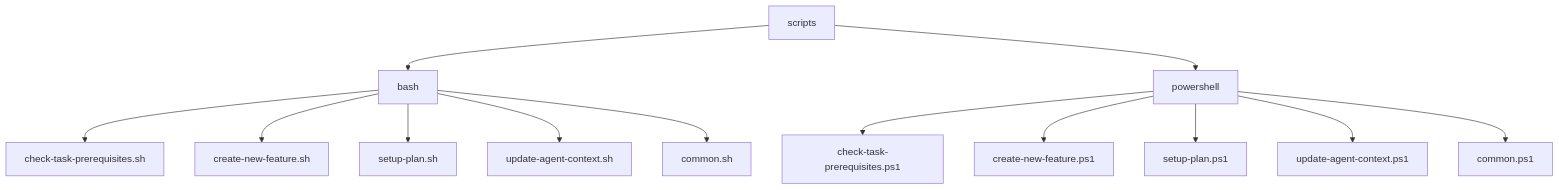
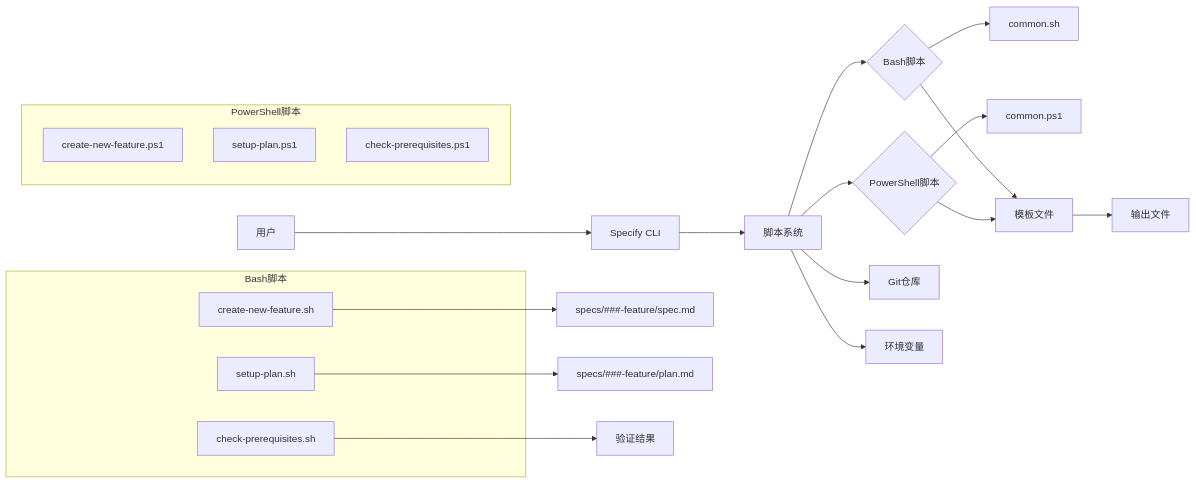
The second of 6 diagrams in .qoder/repowiki/zh/content/脚本系统/脚本系统.md (afanty2021/spec-kit), drawn with Mermaid before and after one commit. The commit also changed other lines of this file and 51 other files, not shown here.

````diff
--- a/.qoder/repowiki/zh/content/脚本系统/脚本系统.md
+++ b/.qoder/repowiki/zh/content/脚本系统/脚本系统.md
@@ -33,15 +98,27 @@
 ```mermaid
-graph TD
-A[scripts] --> B[bash]
-A --> C[powershell]
-B --> D[check-task-prerequisites.sh]
-B --> E[create-new-feature.sh]
-B --> F[setup-plan.sh]
-B --> G[update-agent-context.sh]
-B --> H[common.sh]
-C --> I[check-task-prerequisites.ps1]
-C --> J[create-new-feature.ps1]
-C --> K[setup-plan.ps1]
-C --> L[update-agent-context.ps1]
-C --> M[common.ps1]
+graph LR
+User[用户] --> CLI[Specify CLI]
+CLI --> Script[脚本系统]
+Script --> Bash{Bash脚本}
+Script --> PowerShell{PowerShell脚本}
+Bash --> Common[common.sh]
+PowerShell --> CommonPS[common.ps1]
+Bash --> Templates[模板文件]
+PowerShell --> Templates
+Templates --> Output[输出文件]
+Script --> Git[Git仓库]
+Script --> Env[环境变量]
+subgraph "Bash脚本"
+BashCreate[create-new-feature.sh]
+BashSetup[setup-plan.sh]
+BashCheck[check-prerequisites.sh]
+end
+subgraph "PowerShell脚本"
+PS1Create[create-new-feature.ps1]
+PS1Setup[setup-plan.ps1]
+PS1Check[check-prerequisites.ps1]
+end
+BashCreate --> OutputSpec[specs/###-feature/spec.md]
+BashSetup --> OutputPlan[specs/###-feature/plan.md]
+BashCheck --> Validation[验证结果]
 ```
````
